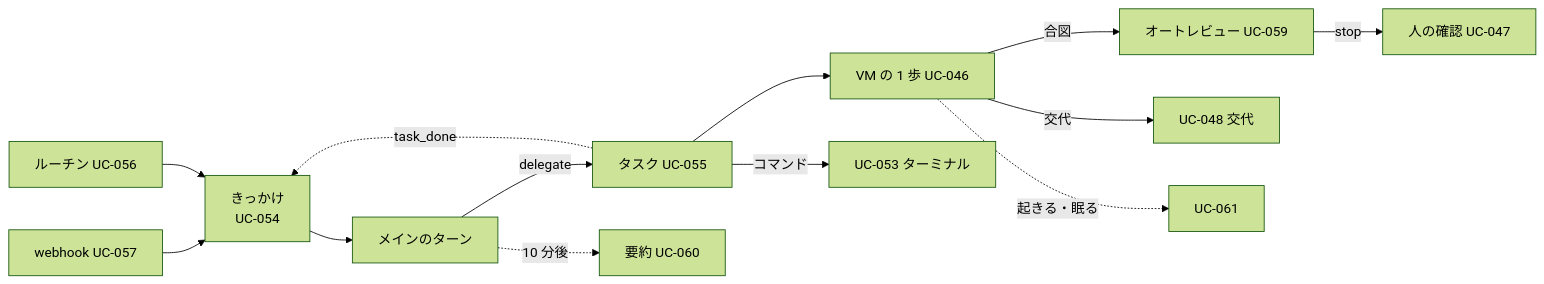
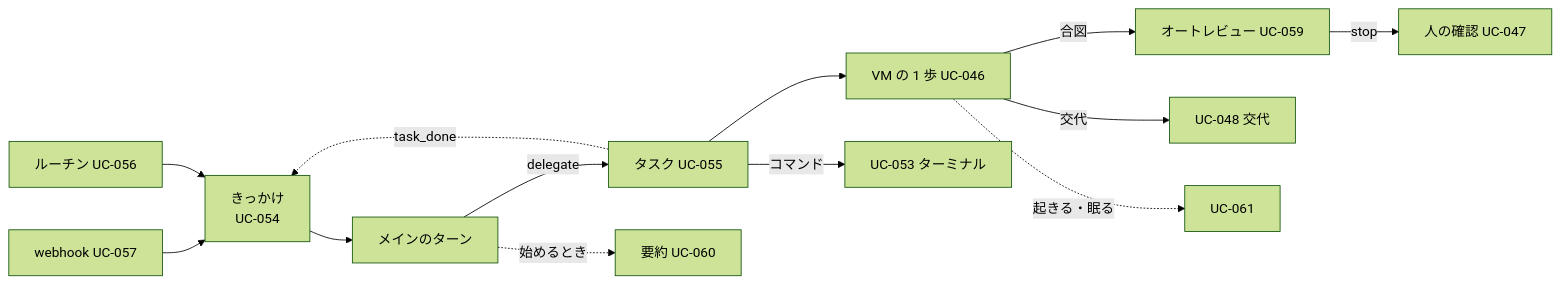
Before and after one commit to itiwoja/agent-team: the first of 3 diagrams in docs/design/10_diagrams/README.md, drawn with Mermaid (forest theme). The commit also changed other lines of this file and 34 other files, not shown here.

````diff
--- a/docs/design/10_diagrams/README.md
+++ b/docs/design/10_diagrams/README.md
@@ -13,15 +13,15 @@
 ```mermaid
 flowchart LR
  W["きっかけ<br/>UC-054"] --> T["メインのターン"]
  T -->|"delegate"| K["タスク UC-055"]
  K --> A["VM の 1 歩 UC-046"]
  A -->|"合図"| R["オートレビュー UC-059"]
  R -->|"stop"| B["人の確認 UC-047"]
  A -->|"交代"| C["UC-048 交代"]
  K -->|"コマンド"| E["UC-053 ターミナル"]
  K -.->|"task_done"| W
  H["webhook UC-057"] --> W
  RT["ルーチン UC-056"] --> W
- T -.->|"10 分後"| S["要約 UC-060"]
+ T -.->|"始めるとき"| S["要約 UC-060"]
  A -.->|"起きる・眠る"| V["UC-061"]
 ```
````
